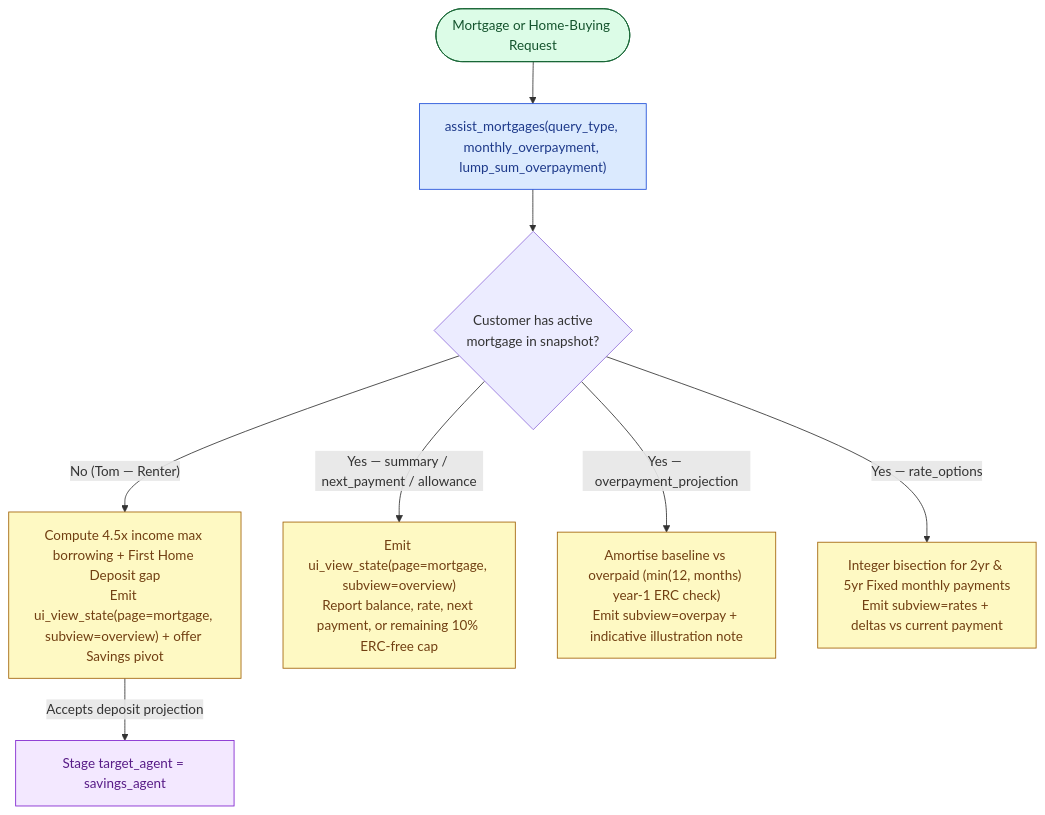
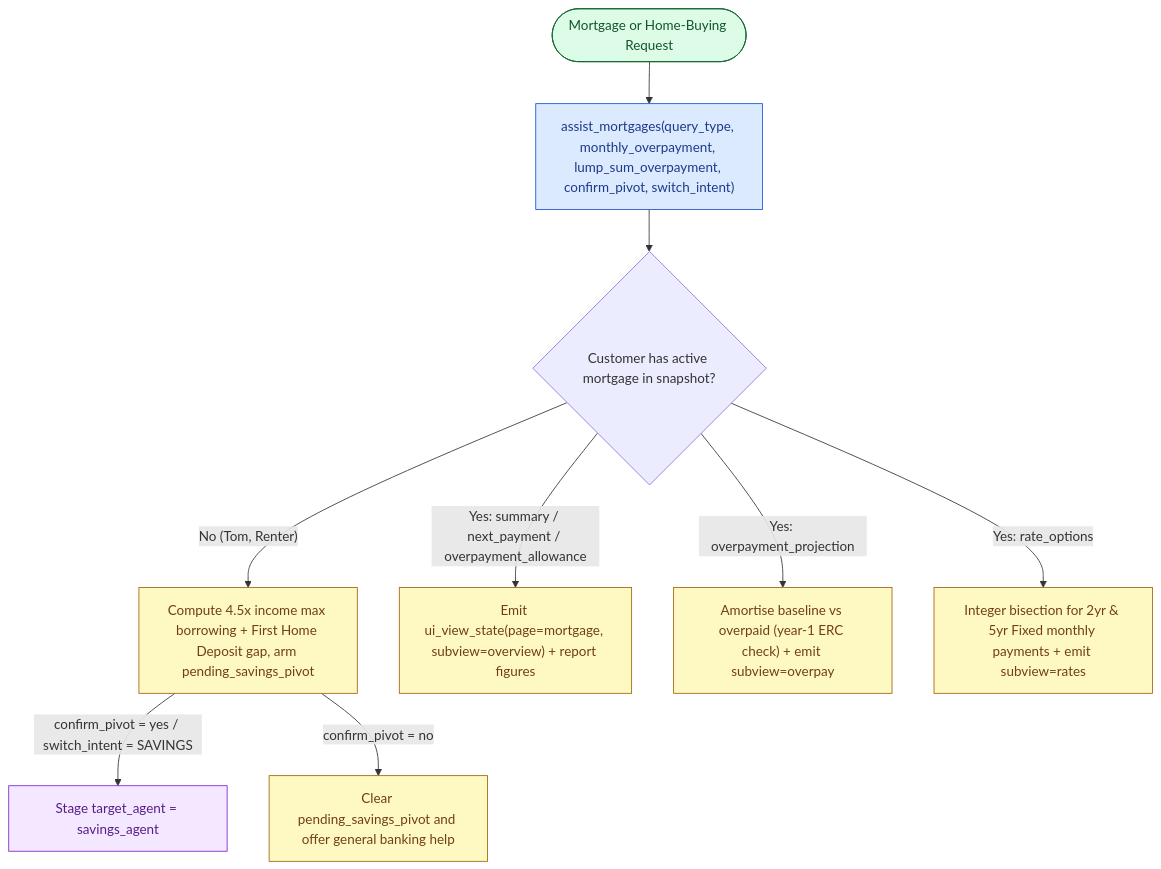
One commit to oliviervg1/gecx-bank-demo changed the fourth of 4 diagrams in docs/architecture/banking_flows.md. Above: the diagram before and after it, drawn with Mermaid. The commit also changed other lines of this file and 19 other files, not shown here.

````diff
--- a/docs/architecture/banking_flows.md
+++ b/docs/architecture/banking_flows.md
@@ -83,15 +85,16 @@
 ```mermaid
 flowchart TD
     classDef entry fill:#dcfce7,stroke:#166534,color:#14532d;
     classDef ctrl fill:#dbeafe,stroke:#1d4ed8,color:#1e3a8a;
     classDef state fill:#fef9c3,stroke:#a16207,color:#713f12;
     classDef route fill:#f3e8ff,stroke:#7e22ce,color:#581c87;
 
-    In(["Mortgage or Home-Buying Request"]):::entry --> Mtg["assist_mortgages(query_type, monthly_overpayment, lump_sum_overpayment)"]:::ctrl
-    Mtg --> HasMtg{"Customer has active<br/>mortgage in snapshot?"}
-    HasMtg -->|"No (Tom — Renter)"| Rent["Compute 4.5x income max borrowing + First Home Deposit gap<br/>Emit ui_view_state(page=mortgage, subview=overview) + offer Savings pivot"]:::state
-    Rent -->|"Accepts deposit projection"| ToSav["Stage target_agent = savings_agent"]:::route
-    HasMtg -->|"Yes — summary / next_payment / allowance"| Summary["Emit ui_view_state(page=mortgage, subview=overview)<br/>Report balance, rate, next payment, or remaining 10% ERC-free cap"]:::state
-    HasMtg -->|"Yes — overpayment_projection"| Overpay["Amortise baseline vs overpaid (min(12, months) year-1 ERC check)<br/>Emit subview=overpay + indicative illustration note"]:::state
-    HasMtg -->|"Yes — rate_options"| Rates["Integer bisection for 2yr & 5yr Fixed monthly payments<br/>Emit subview=rates + deltas vs current payment"]:::state
+    In(["Mortgage or Home-Buying Request"]):::entry --> Mtg["assist_mortgages(query_type, monthly_overpayment, lump_sum_overpayment, confirm_pivot, switch_intent)"]:::ctrl
+    Mtg --> HasMtg{"Customer has active mortgage in snapshot?"}
+    HasMtg -->|"No (Tom, Renter)"| Rent["Compute 4.5x income max borrowing + First Home Deposit gap, arm pending_savings_pivot"]:::state
+    Rent -->|"confirm_pivot = yes / switch_intent = SAVINGS"| ToSav["Stage target_agent = savings_agent"]:::route
+    Rent -->|"confirm_pivot = no"| Decline["Clear pending_savings_pivot and offer general banking help"]:::state
+    HasMtg -->|"Yes: summary / next_payment / overpayment_allowance"| Summary["Emit ui_view_state(page=mortgage, subview=overview) + report figures"]:::state
+    HasMtg -->|"Yes: overpayment_projection"| Overpay["Amortise baseline vs overpaid (year-1 ERC check) + emit subview=overpay"]:::state
+    HasMtg -->|"Yes: rate_options"| Rates["Integer bisection for 2yr & 5yr Fixed monthly payments + emit subview=rates"]:::state
 ```
````
